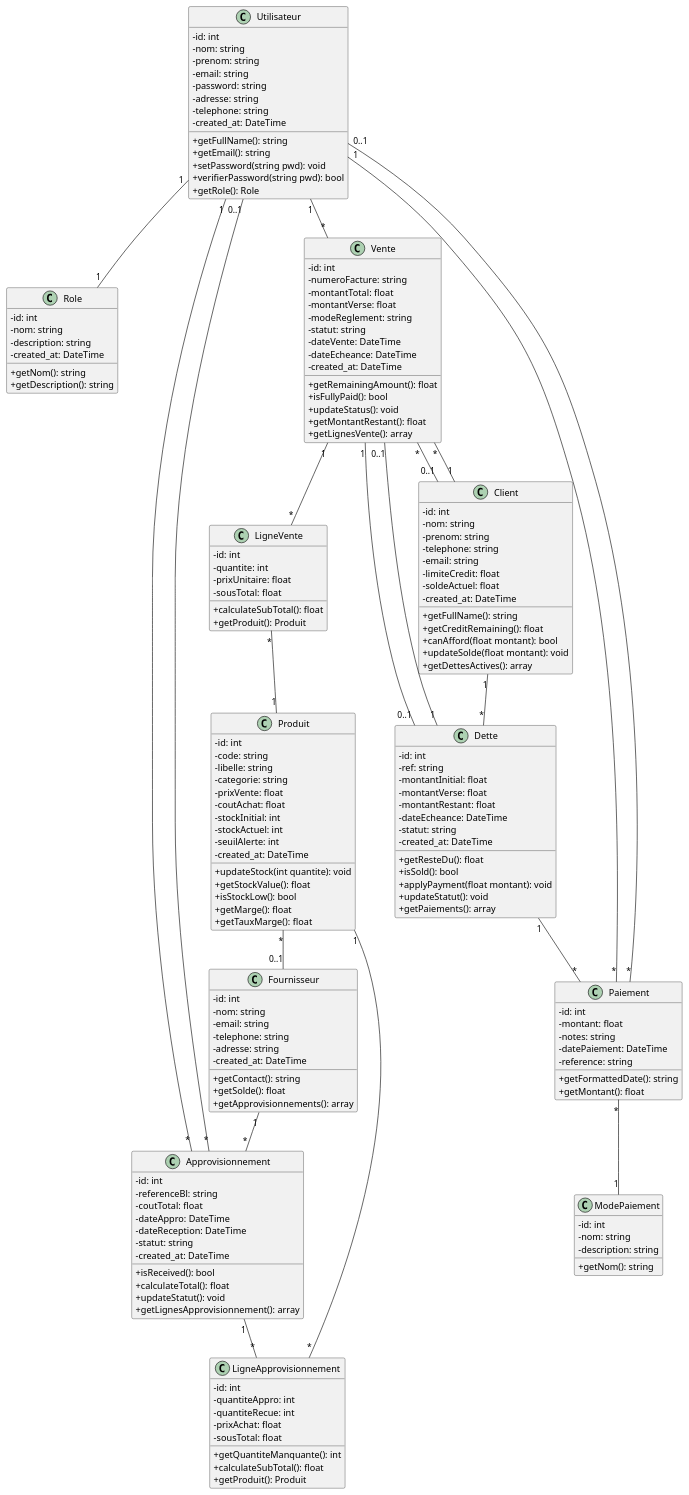
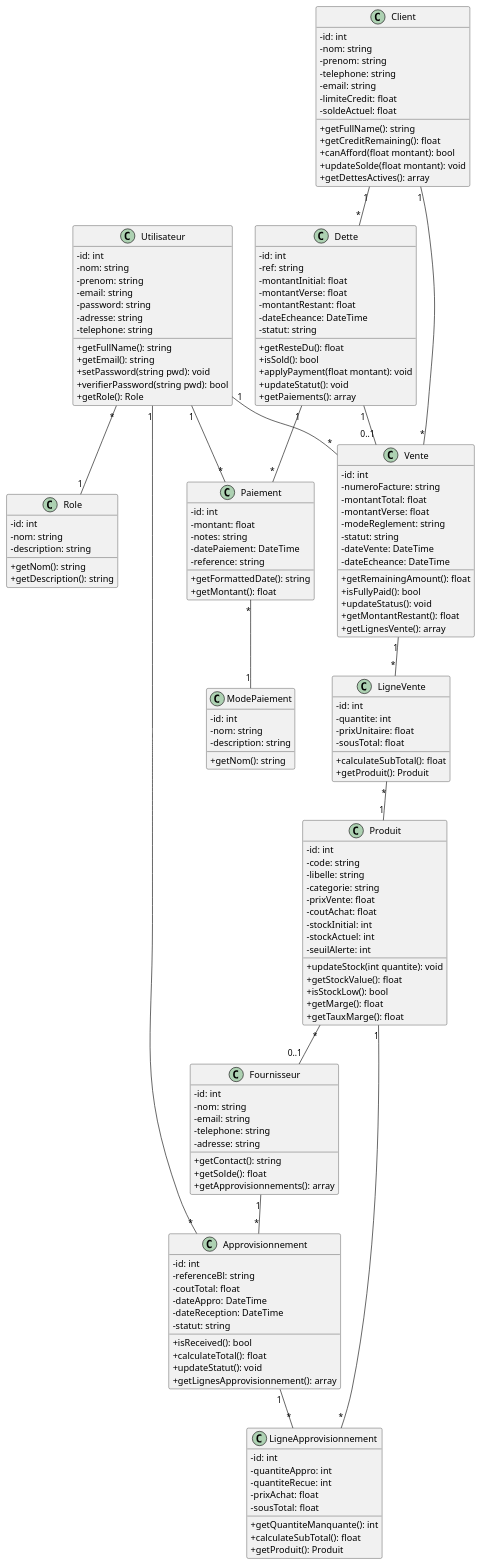
Before and after one commit to RouguiSy/StoreManager: the diagram in docs/diagrams/Classe.puml, drawn with PlantUML. The commit also changed 6 other files, not shown here.

```diff
--- a/docs/diagrams/Classe.puml
+++ b/docs/diagrams/Classe.puml
@@ -1,187 +1,176 @@
 @startuml
 skinparam classAttributeIconSize 0
 
 class Role {
     - id: int
     - nom: string
     - description: string
-    - created_at: DateTime
     + getNom(): string
     + getDescription(): string
 }
 
 class Utilisateur {
     - id: int
     - nom: string
     - prenom: string
     - email: string
     - password: string
     - adresse: string
     - telephone: string
-    - created_at: DateTime
     + getFullName(): string
     + getEmail(): string
     + setPassword(string pwd): void
     + verifierPassword(string pwd): bool
     + getRole(): Role
 }
 
 class Client {
     - id: int
     - nom: string
     - prenom: string
     - telephone: string
     - email: string
     - limiteCredit: float
     - soldeActuel: float
-    - created_at: DateTime
     + getFullName(): string
     + getCreditRemaining(): float
     + canAfford(float montant): bool
     + updateSolde(float montant): void
     + getDettesActives(): array
 }
 
 class Fournisseur {
     - id: int
     - nom: string
     - email: string
     - telephone: string
     - adresse: string
-    - created_at: DateTime
     + getContact(): string
     + getSolde(): float
     + getApprovisionnements(): array
 }
 
 class Produit {
     - id: int
     - code: string
     - libelle: string
     - categorie: string
     - prixVente: float
     - coutAchat: float
     - stockInitial: int
     - stockActuel: int
     - seuilAlerte: int
-    - created_at: DateTime
     + updateStock(int quantite): void
     + getStockValue(): float
     + isStockLow(): bool
     + getMarge(): float
     + getTauxMarge(): float
 }
 
 class Vente {
     - id: int
     - numeroFacture: string
     - montantTotal: float
     - montantVerse: float
     - modeReglement: string
     - statut: string
     - dateVente: DateTime
     - dateEcheance: DateTime
-    - created_at: DateTime
     + getRemainingAmount(): float
     + isFullyPaid(): bool
     + updateStatus(): void
     + getMontantRestant(): float
     + getLignesVente(): array
 }
 
 class LigneVente {
     - id: int
     - quantite: int
     - prixUnitaire: float
     - sousTotal: float
     + calculateSubTotal(): float
     + getProduit(): Produit
 }
 
 class Dette {
     - id: int
     - ref: string
     - montantInitial: float
     - montantVerse: float
     - montantRestant: float
     - dateEcheance: DateTime
     - statut: string
-    - created_at: DateTime
     + getResteDu(): float
     + isSold(): bool
     + applyPayment(float montant): void
     + updateStatut(): void
     + getPaiements(): array
 }
 
 class Paiement {
     - id: int
     - montant: float
     - notes: string
     - datePaiement: DateTime
     - reference: string
     + getFormattedDate(): string
     + getMontant(): float
 }
 
 class ModePaiement {
     - id: int
     - nom: string
     - description: string
     + getNom(): string
 }
 
 class Approvisionnement {
     - id: int
     - referenceBl: string
     - coutTotal: float
     - dateAppro: DateTime
     - dateReception: DateTime
     - statut: string
-    - created_at: DateTime
     + isReceived(): bool
     + calculateTotal(): float
     + updateStatut(): void
     + getLignesApprovisionnement(): array
 }
 
 class LigneApprovisionnement {
     - id: int
     - quantiteAppro: int
     - quantiteRecue: int
     - prixAchat: float
     - sousTotal: float
     + getQuantiteManquante(): int
     + calculateSubTotal(): float
     + getProduit(): Produit
 }
 
-' --- Relations ---
-Utilisateur "1" -- "1" Role 
+
+Utilisateur "*" -- "1" Role 
 Utilisateur "1" -- "*" Vente 
 Utilisateur "1" -- "*" Approvisionnement 
 Utilisateur "1" -- "*" Paiement 
 
 Client "1" -- "*" Vente 
 Client "1" -- "*" Dette 
 
-Vente "1" -- "0..1" Dette 
+
 Vente "1" -- "*" LigneVente 
-Vente "*" -- "0..1" Client 
 LigneVente "*" -- "1" Produit 
 
 Dette "1" -- "*" Paiement 
 Dette "1" -- "0..1" Vente 
 
 Paiement "*" -- "1" ModePaiement 
-Paiement "*" -- "0..1" Utilisateur 
 Fournisseur "1" -- "*" Approvisionnement 
 
 Approvisionnement "1" -- "*" LigneApprovisionnement 
-Approvisionnement "*" -- "0..1" Utilisateur 
 
 LigneApprovisionnement "*" -- "1" Produit 
 
 Produit "*" -- "0..1" Fournisseur 
 
 @enduml
```
